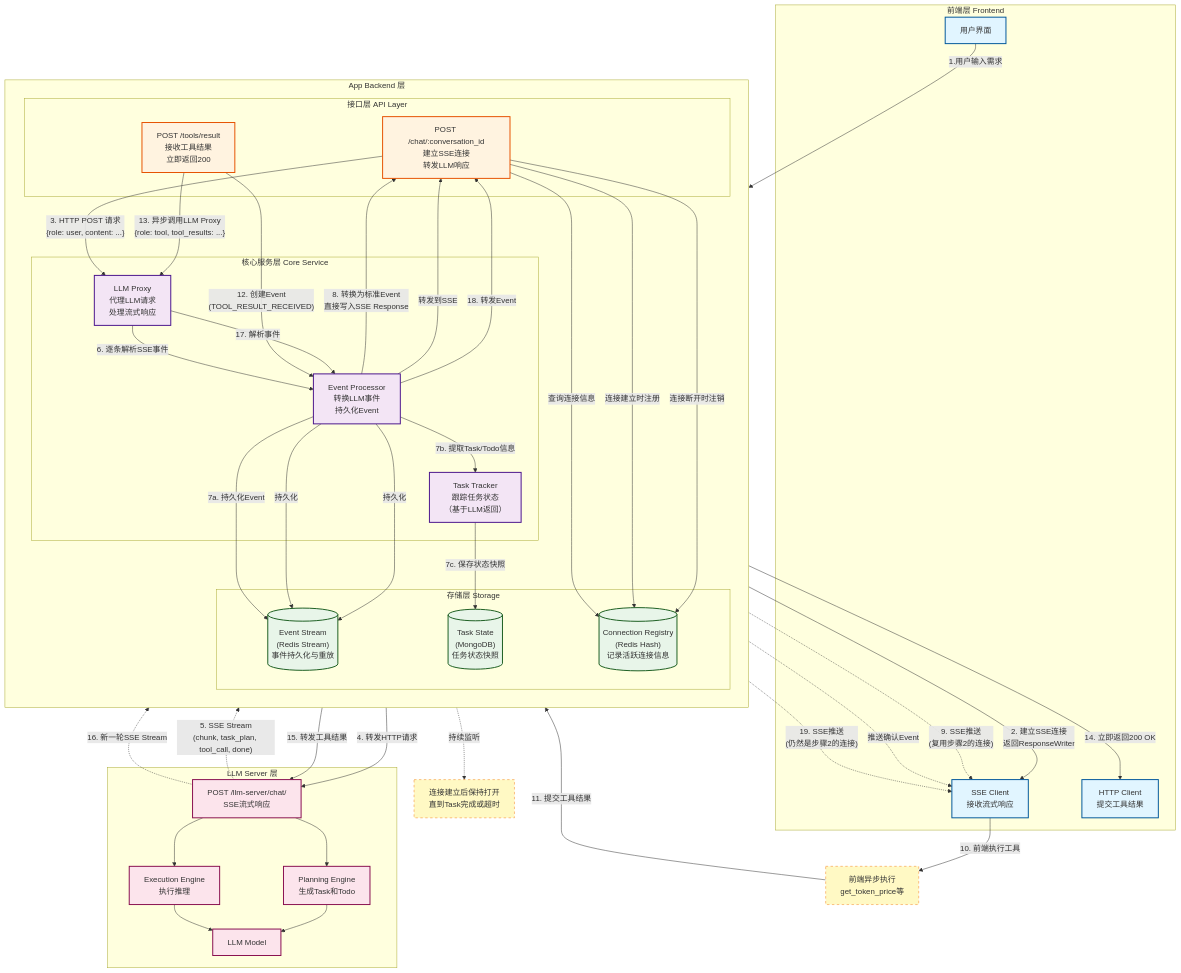
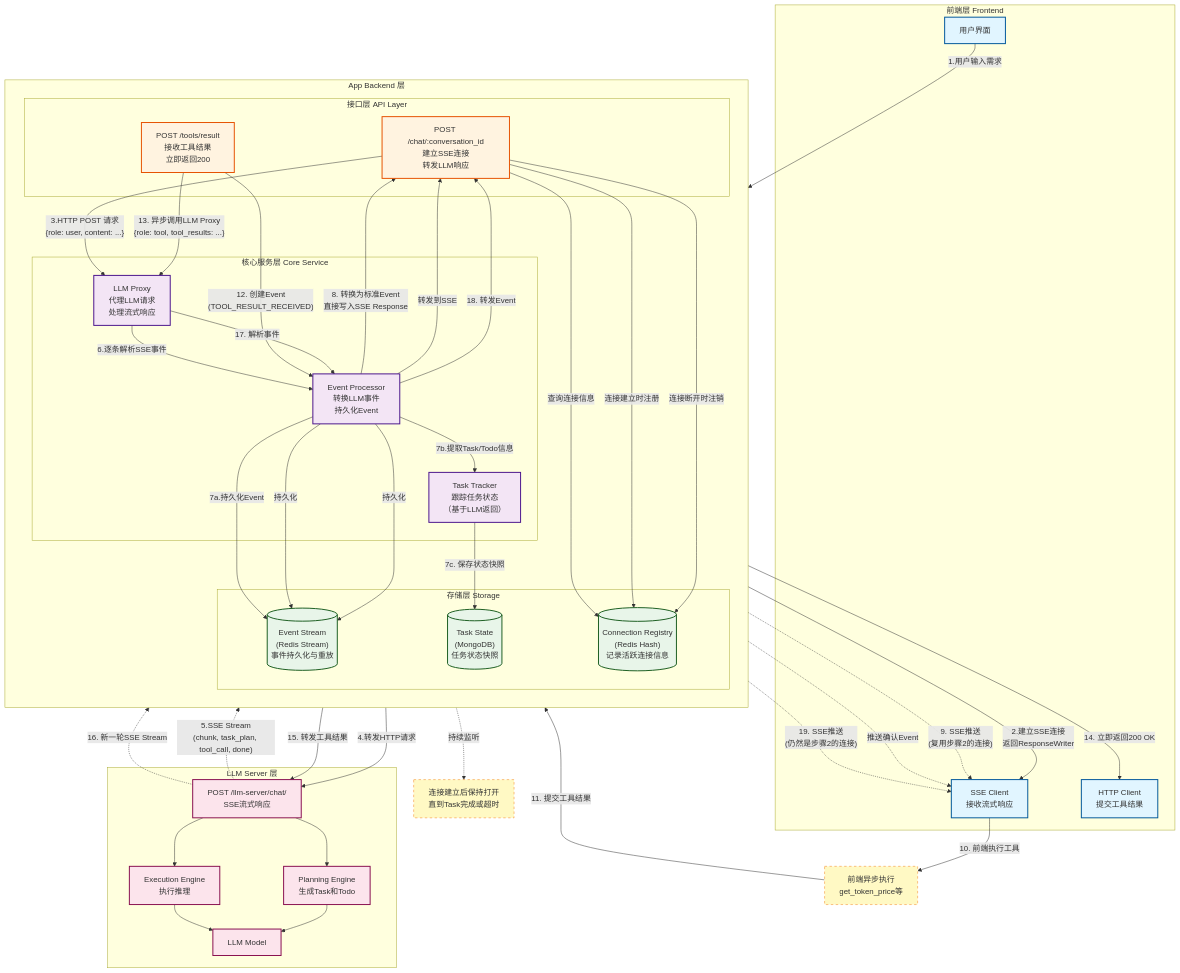
The diagram in all/未命名-10.md (yingjianzh/iodraw-files), drawn with Mermaid before and after one commit.

Commit message:
2025-12-22 15:25:33 update

```diff
--- a/all/未命名-10.md
+++ b/all/未命名-10.md
@@ -36,20 +36,20 @@
 
     %% ===== 用户发送消息流程 =====
     UI -->|"1.用户输入需求"| Chat_API
-    Chat_API -->|"2. 建立SSE连接<br/>返回ResponseWriter"| SSE_Client
+    Chat_API -->|"2.建立SSE连接<br/>返回ResponseWriter"| SSE_Client
     Note1["连接建立后保持打开<br/>直到Task完成或超时"]
     Chat_API -.->|"持续监听"| Note1
     
-    Chat_API -->|"3. HTTP POST 请求<br/>{role: user, content: ...}"| LLM_Proxy
+    Chat_API -->|"3.HTTP POST 请求<br/>{role: user, content: ...}"| LLM_Proxy
     
-    LLM_Proxy -->|"4. 转发HTTP请求"| LLM_API
-    LLM_API -.->|"5. SSE Stream<br/>(chunk, task_plan, tool_call, done)"| LLM_Proxy
+    LLM_Proxy -->|"4.转发HTTP请求"| LLM_API
+    LLM_API -.->|"5.SSE Stream<br/>(chunk, task_plan, tool_call, done)"| LLM_Proxy
     
     %% ===== LLM响应处理流程 =====
-    LLM_Proxy -->|"6. 逐条解析SSE事件"| Event_Processor
+    LLM_Proxy -->|"6.逐条解析SSE事件"| Event_Processor
     
-    Event_Processor -->|"7a. 持久化Event"| Event_Stream
-    Event_Processor -->|"7b. 提取Task/Todo信息"| Task_Tracker
+    Event_Processor -->|"7a.持久化Event"| Event_Stream
+    Event_Processor -->|"7b.提取Task/Todo信息"| Task_Tracker
     Task_Tracker -->|"7c. 保存状态快照"| Task_State
     
     Event_Processor -->|"8. 转换为标准Event<br/>直接写入SSE Response"| Chat_API
```
